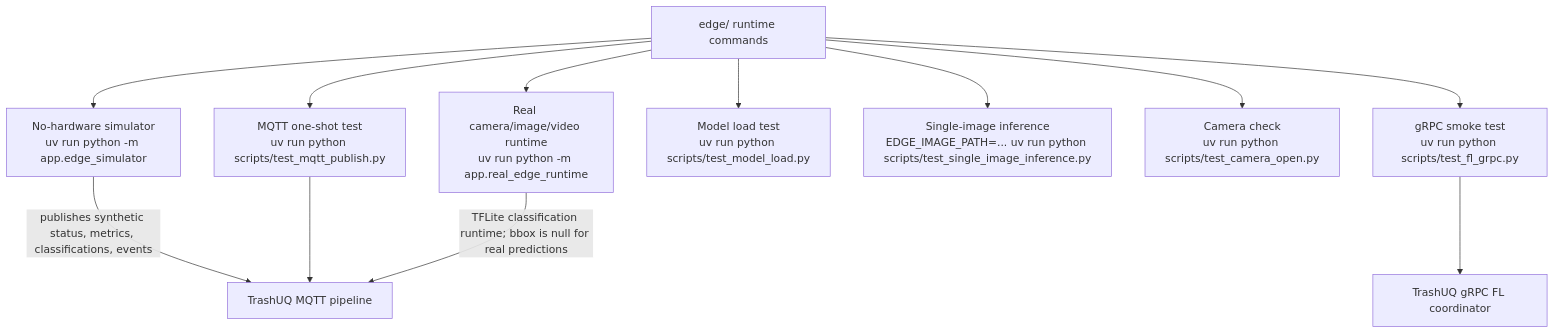
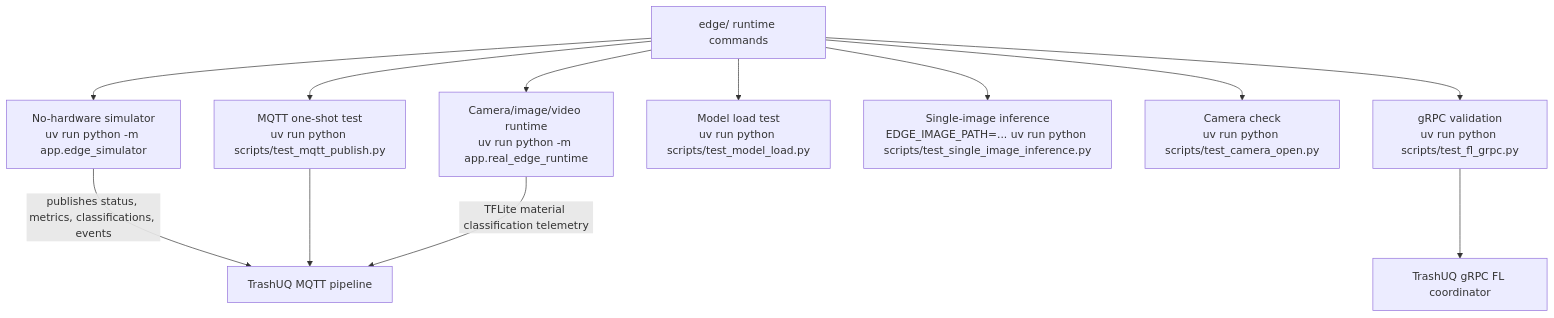
Before and after one commit to TrashUQ/TrashUQ: the fifth of 6 diagrams in README.md, drawn with Mermaid. The commit also changed other lines of this file and 5 other files, not shown here.

````diff
--- a/README.md
+++ b/README.md
@@ -437,24 +460,24 @@
 ```mermaid
 flowchart TB
   Edge["edge/ runtime commands"]
   Sim["No-hardware simulator<br/>uv run python -m app.edge_simulator"]
   MqttTest["MQTT one-shot test<br/>uv run python scripts/test_mqtt_publish.py"]
-  GrpcTest["gRPC smoke test<br/>uv run python scripts/test_fl_grpc.py"]
+  GrpcTest["gRPC validation<br/>uv run python scripts/test_fl_grpc.py"]
   ModelLoad["Model load test<br/>uv run python scripts/test_model_load.py"]
   ImageTest["Single-image inference<br/>EDGE_IMAGE_PATH=... uv run python scripts/test_single_image_inference.py"]
   Camera["Camera check<br/>uv run python scripts/test_camera_open.py"]
-  Real["Real camera/image/video runtime<br/>uv run python -m app.real_edge_runtime"]
+  Real["Camera/image/video runtime<br/>uv run python -m app.real_edge_runtime"]
 
   Edge --> Sim
   Edge --> MqttTest
   Edge --> GrpcTest
   Edge --> ModelLoad
   Edge --> ImageTest
   Edge --> Camera
   Edge --> Real
 
-  Sim -->|"publishes synthetic status, metrics, classifications, events"| MQTT["TrashUQ MQTT pipeline"]
+  Sim -->|"publishes status, metrics, classifications, events"| MQTT["TrashUQ MQTT pipeline"]
   MqttTest --> MQTT
-  Real -->|"TFLite classification runtime; bbox is null for real predictions"| MQTT
+  Real -->|"TFLite material classification telemetry"| MQTT
   GrpcTest --> FL["TrashUQ gRPC FL coordinator"]
 ```
````
